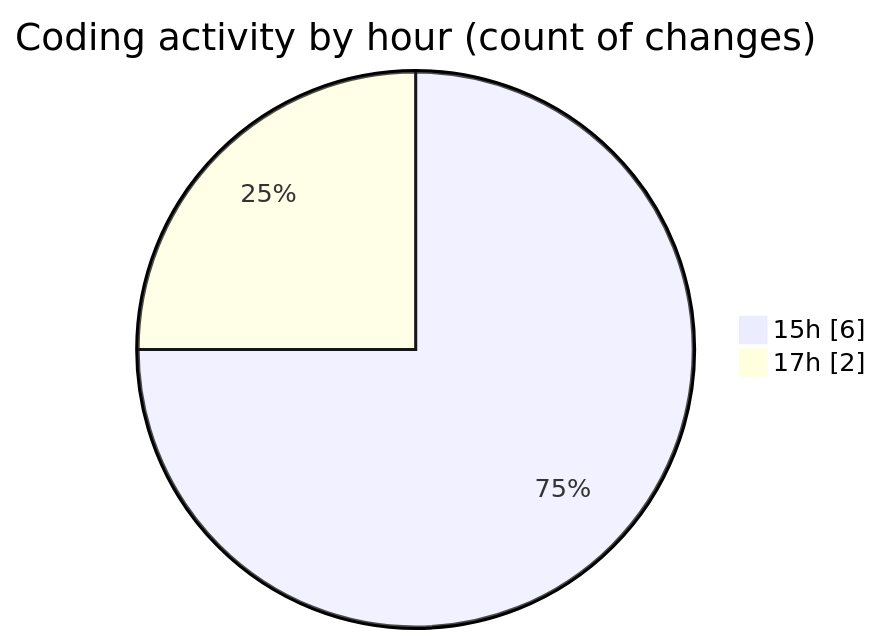
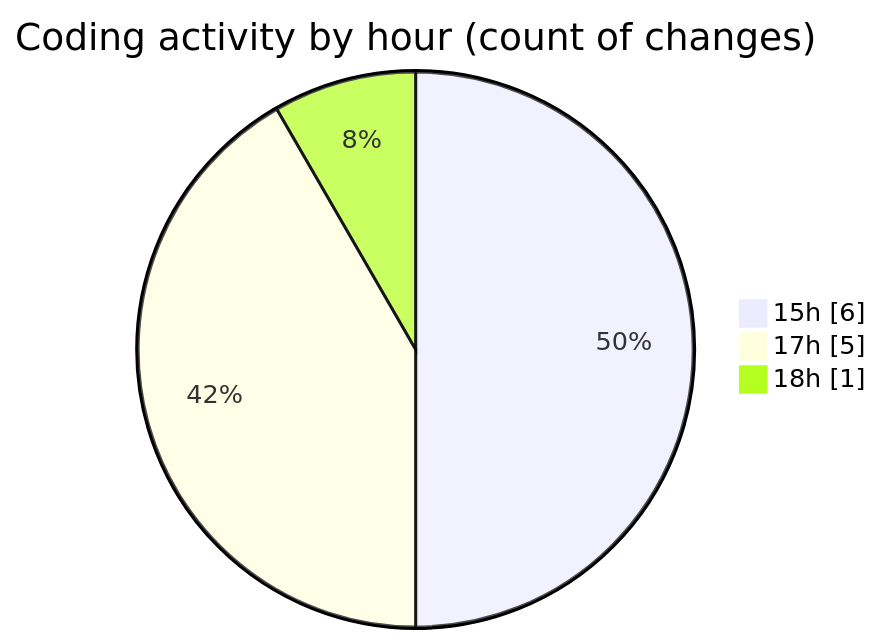
The second of 2 diagrams in 2026-05-08/nxtqube_webapp/README.md (nxtqubesakshisongat/code-tracking), drawn with Mermaid before and after one commit. The commit also changed other lines of this file and 1 other file, not shown here.

````diff
--- a/2026-05-08/nxtqube_webapp/README.md
+++ b/2026-05-08/nxtqube_webapp/README.md
@@ -28,6 +28,7 @@
 ```mermaid
 pie showData
 title Coding activity by hour (count of changes)
 "15h" : 6
-"17h" : 2
+"17h" : 5
+"18h" : 1
 ```
````
